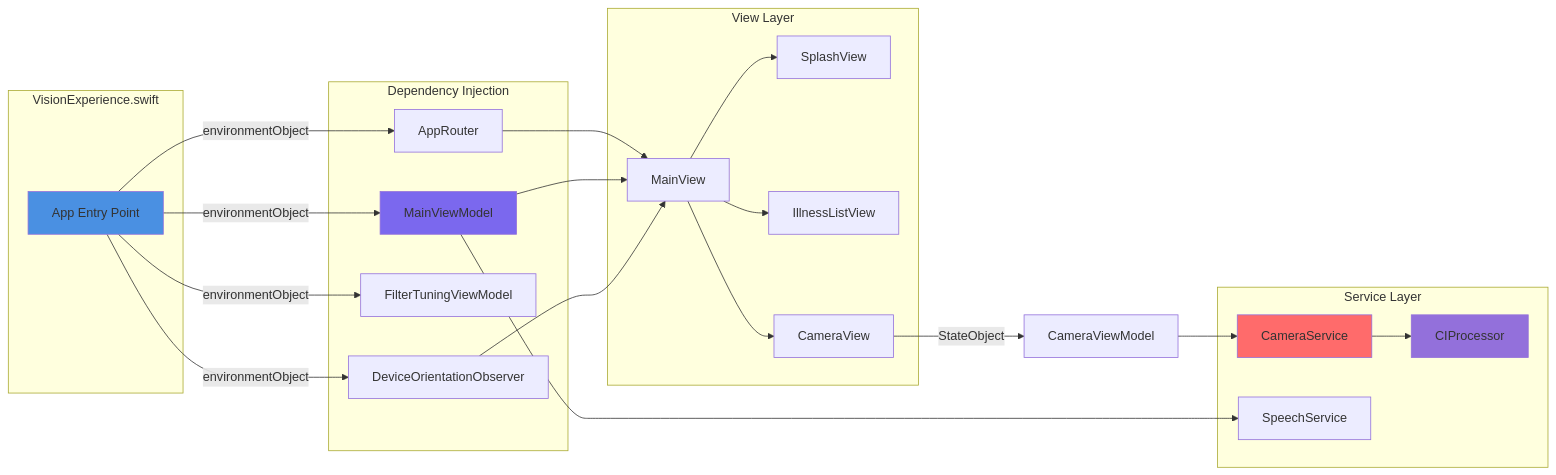
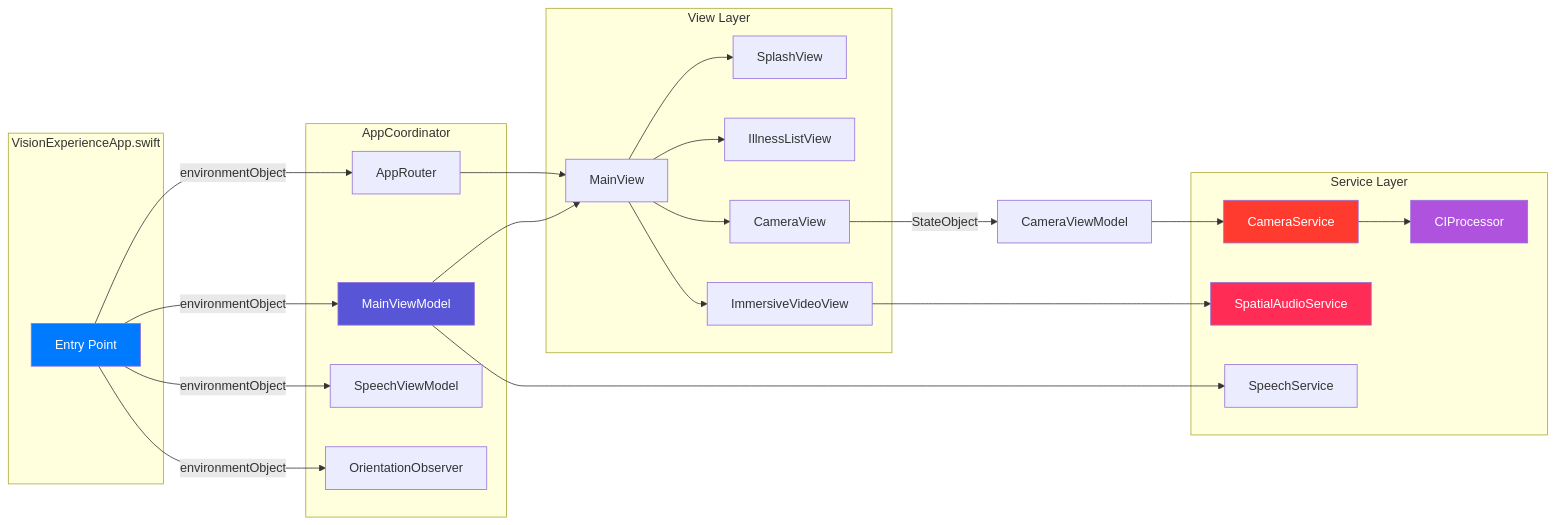
One commit to robertteleng/vision-experience-ios changed the seventh of 7 diagrams in README.md. Above: the diagram before and after it, drawn with Mermaid. The commit also changed other lines of this file and 16 other files, not shown here.

````diff
--- a/README.md
+++ b/README.md
@@ -709,49 +712,53 @@
 ```mermaid
 graph LR
-    subgraph App["VisionExperience.swift"]
-        Entry[App Entry Point]
+    subgraph App["VisionExperienceApp.swift"]
+        Entry[Entry Point]
     end
-    
-    subgraph Injection["Dependency Injection"]
+
+    subgraph Coordinator["AppCoordinator"]
         R[AppRouter]
         MVM[MainViewModel]
-        TVM[FilterTuningViewModel]
-        DO[DeviceOrientationObserver]
+        SVM[SpeechViewModel]
+        DO[OrientationObserver]
     end
-    
+
     subgraph Views["View Layer"]
         MV[MainView]
         SV[SplashView]
         IL[IllnessListView]
         CV[CameraView]
+        IV[ImmersiveVideoView]
     end
-    
+
     subgraph Services["Service Layer"]
         CS[CameraService]
         SS[SpeechService]
+        SA[SpatialAudioService]
         CI[CIProcessor]
     end
-    
+
     Entry -->|environmentObject| R
     Entry -->|environmentObject| MVM
-    Entry -->|environmentObject| TVM
+    Entry -->|environmentObject| SVM
     Entry -->|environmentObject| DO
-    
+
     R --> MV
     MVM --> MV
-    DO --> MV
-    
+
     MV --> SV
     MV --> IL
     MV --> CV
-    
+    MV --> IV
+
     CV -->|StateObject| CVM[CameraViewModel]
     CVM --> CS
     CS --> CI
     MVM --> SS
-    
-    style Entry fill:#4A90E2
-    style MVM fill:#7B68EE
-    style CS fill:#FF6B6B
-    style CI fill:#9370DB
+    IV --> SA
+
+    style Entry fill:#007AFF,color:white
+    style MVM fill:#5856D6,color:white
+    style CS fill:#FF3B30,color:white
+    style CI fill:#AF52DE,color:white
+    style SA fill:#FF2D55,color:white
 ```
````
